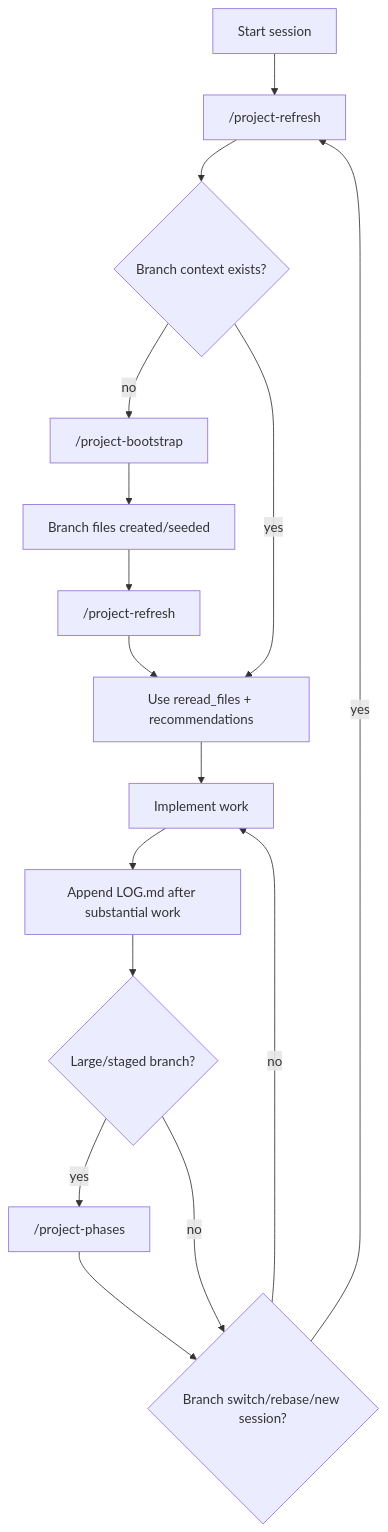
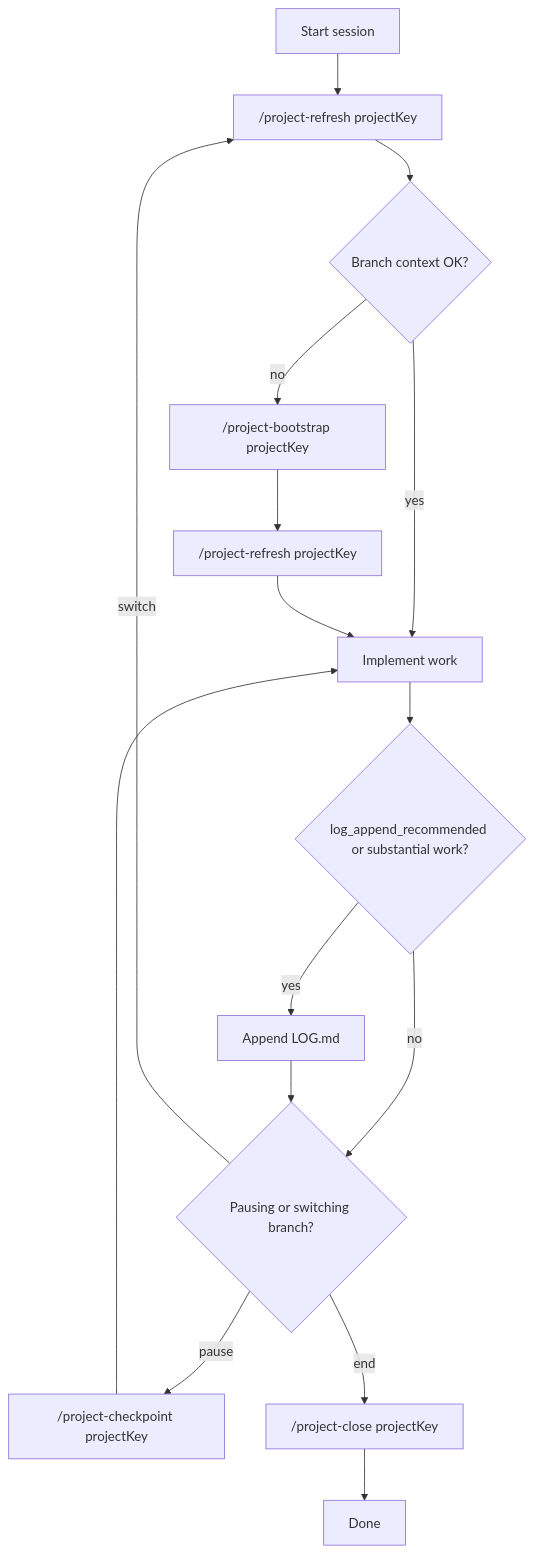
One commit to palaeologic/opencode-conductor changed the first of 2 diagrams in README.md. Above: the diagram before and after it, drawn with Mermaid. The commit also changed other lines of this file and 19 other files, not shown here.

````diff
--- a/README.md
+++ b/README.md
@@ -55,18 +39,18 @@
 ```mermaid
 flowchart TD
-  A["Start session"] --> B["/project-refresh <projectKey>"]
-  B --> C{"Branch context exists?"}
-  C -- no --> D["/project-bootstrap <projectKey>"]
-  C -- yes --> E["Use reread_files + recommendations"]
-  D --> F["Branch files created/seeded"]
-  F --> G["/project-refresh <projectKey>"]
-  G --> E
-  E --> H["Implement work"]
-  H --> I["Append LOG.md after substantial work"]
-  I --> J{"Large/staged branch?"}
-  J -- yes --> K["/project-phases <projectKey>"]
-  J -- no --> L{"Branch switch/rebase/new session?"}
-  K --> L
-  L -- yes --> B
-  L -- no --> H
+  Start["Start session"] --> Refresh["/project-refresh projectKey"]
+  Refresh --> HasCtx{"Branch context OK?"}
+  HasCtx -- no --> Boot["/project-bootstrap projectKey"]
+  Boot --> Refresh2["/project-refresh projectKey"]
+  HasCtx -- yes --> Work["Implement work"]
+  Refresh2 --> Work
+  Work --> LogQ{"log_append_recommended or substantial work?"}
+  LogQ -- yes --> Append["Append LOG.md"]
+  LogQ -- no --> PauseQ{"Pausing or switching branch?"}
+  Append --> PauseQ
+  PauseQ -- pause --> CP["/project-checkpoint projectKey"]
+  PauseQ -- end --> Close["/project-close projectKey"]
+  PauseQ -- switch --> Refresh
+  CP --> Work
+  Close --> EndNode["Done"]
 ```
````
